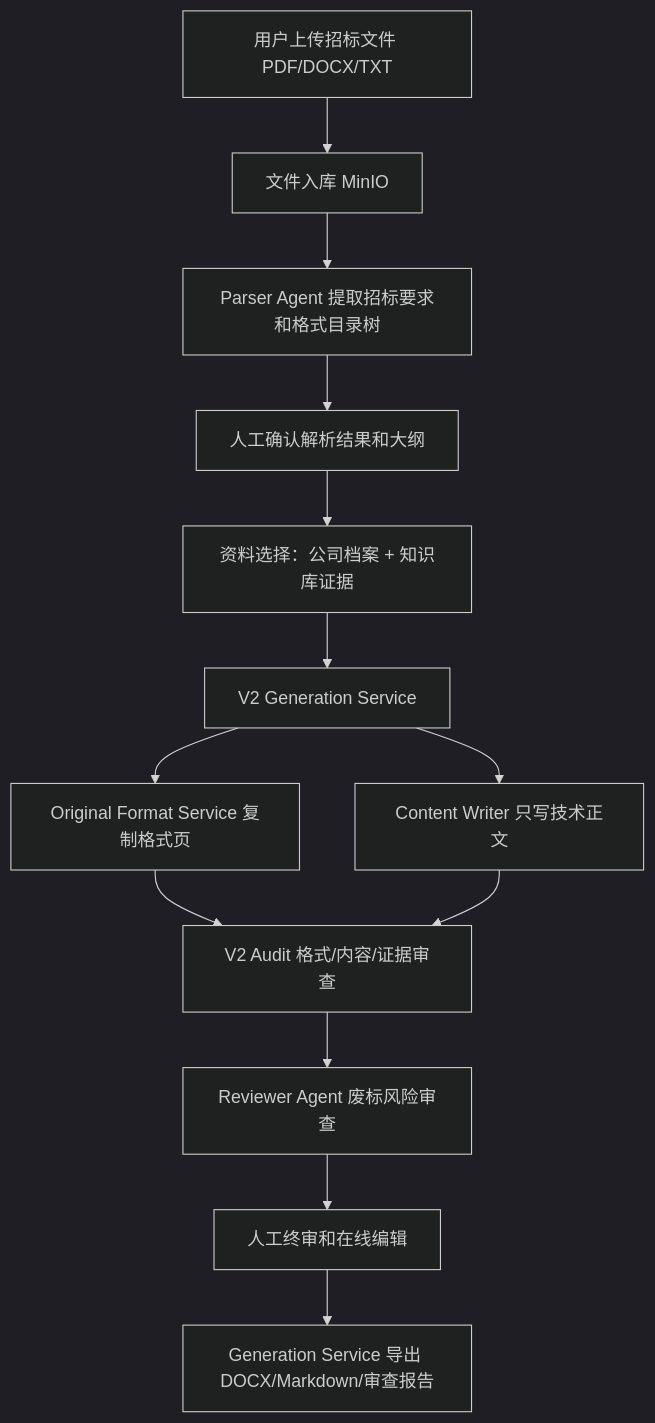
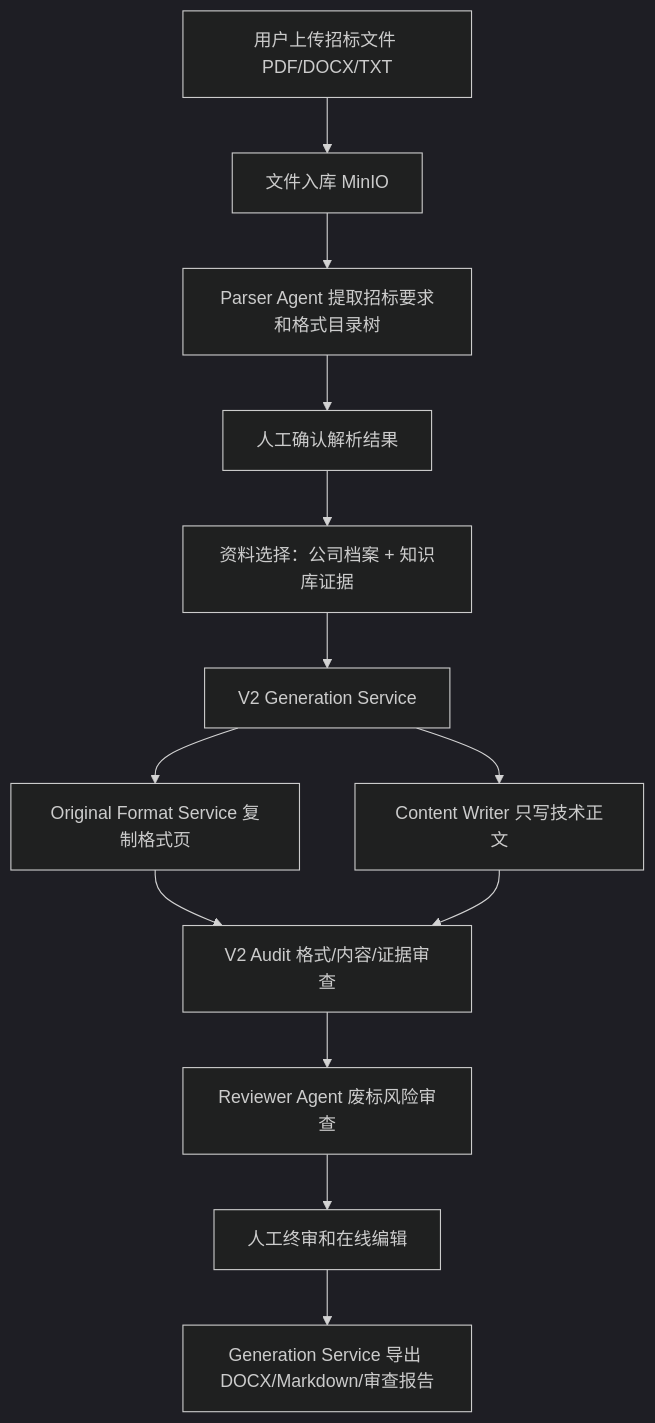
One commit to fakelilway/TenderDoc-Generator changed the diagram in README.md. Above: the diagram before and after it, drawn with Mermaid (dark theme). The commit also changed other lines of this file and 15 other files, not shown here.

````diff
--- a/README.md
+++ b/README.md
@@ -13,15 +13,15 @@
 ```mermaid
 flowchart TD
     A["用户上传招标文件 PDF/DOCX/TXT"] --> B["文件入库 MinIO"]
     B --> C["Parser Agent 提取招标要求和格式目录树"]
-    C --> D["人工确认解析结果和大纲"]
+    C --> D["人工确认解析结果"]
     D --> E["资料选择：公司档案 + 知识库证据"]
     E --> F["V2 Generation Service"]
     F --> G["Original Format Service 复制格式页"]
     F --> H["Content Writer 只写技术正文"]
     G --> I["V2 Audit 格式/内容/证据审查"]
     H --> I
     I --> J["Reviewer Agent 废标风险审查"]
     J --> K["人工终审和在线编辑"]
     K --> L["Generation Service 导出 DOCX/Markdown/审查报告"]
 ```
````
